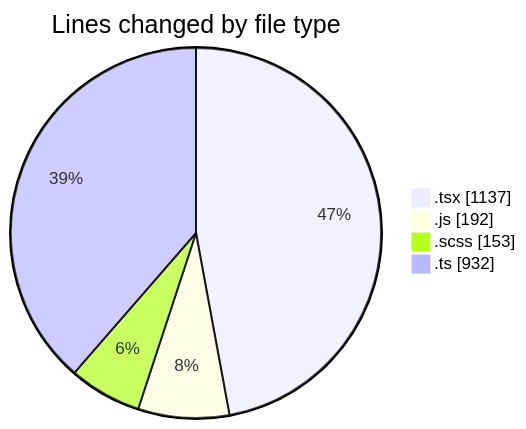
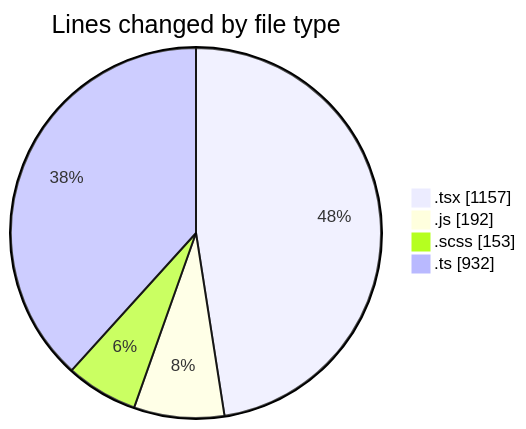
The first of 2 diagrams in 2026-08-25/cda/README.md (momahboobian/code-tracking), drawn with Mermaid before and after one commit. The commit also changed other lines of this file and 1 other file, not shown here.

````diff
--- a/2026-08-25/cda/README.md
+++ b/2026-08-25/cda/README.md
@@ -43,8 +43,8 @@
 ```mermaid
 pie showData
 title Lines changed by file type
-".tsx" : 1137
+".tsx" : 1157
 ".js" : 192
 ".scss" : 153
 ".ts" : 932
 ```
````
